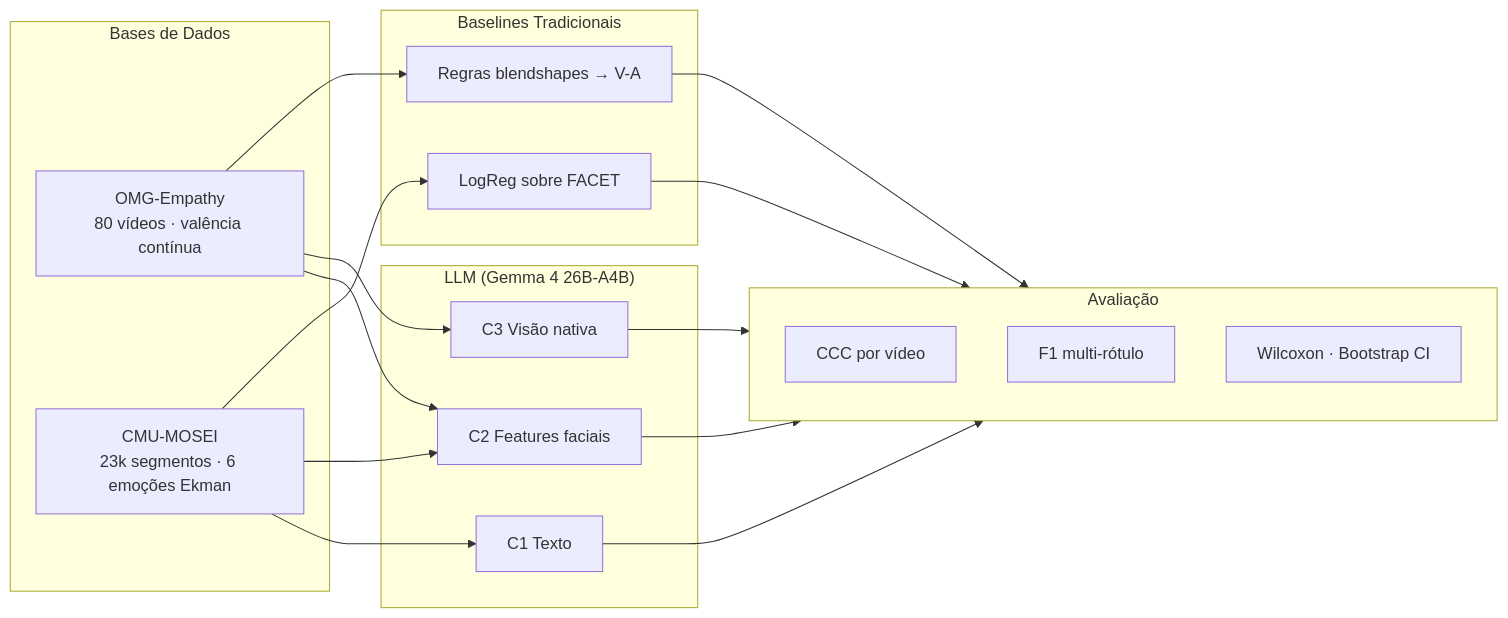
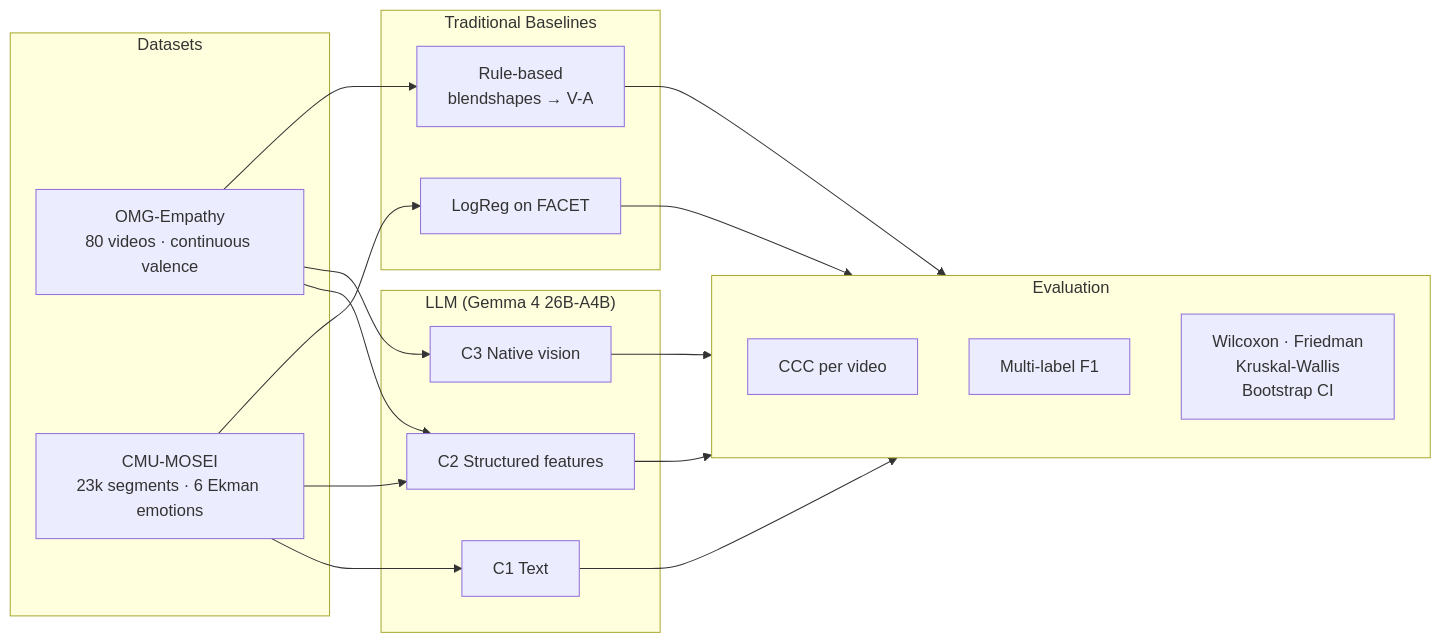
Before and after one commit to THIAGONOMA/PaperAdvanRobot: the first of 2 diagrams in README.md, drawn with Mermaid. The commit also changed other lines of this file and 20 other files, not shown here.

````diff
--- a/README.md
+++ b/README.md
@@ -13,31 +13,31 @@
 ```mermaid
 flowchart LR
-    subgraph DADOS["Bases de Dados"]
-        OMG["OMG-Empathy\n80 vídeos · valência contínua"]
-        MOSEI["CMU-MOSEI\n23k segmentos · 6 emoções Ekman"]
+    subgraph DATASETS["Datasets"]
+        OMG["OMG-Empathy\n80 videos · continuous valence"]
+        MOSEI["CMU-MOSEI\n23k segments · 6 Ekman emotions"]
     end
 
     subgraph LLM_SYS["LLM (Gemma 4 26B-A4B)"]
-        C1["C1 Texto"]
-        C2["C2 Features faciais"]
-        C3["C3 Visão nativa"]
+        C1["C1 Text"]
+        C2["C2 Structured features"]
+        C3["C3 Native vision"]
     end
 
-    subgraph BASELINE["Baselines Tradicionais"]
-        BL1["Regras blendshapes → V-A"]
-        BL2["LogReg sobre FACET"]
+    subgraph BASELINE["Traditional Baselines"]
+        BL1["Rule-based\nblendshapes → V-A"]
+        BL2["LogReg on FACET"]
     end
 
-    subgraph EVAL["Avaliação"]
-        CCC["CCC por vídeo"]
-        F1["F1 multi-rótulo"]
-        STAT["Wilcoxon · Bootstrap CI"]
+    subgraph EVAL["Evaluation"]
+        CCC["CCC per video"]
+        F1["Multi-label F1"]
+        STAT["Wilcoxon · Friedman\nKruskal-Wallis\nBootstrap CI"]
     end
 
     OMG --> C2 & C3
     MOSEI --> C1 & C2
     OMG --> BL1
     MOSEI --> BL2
     C1 & C2 & C3 --> EVAL
     BL1 & BL2 --> EVAL
 ```
````
